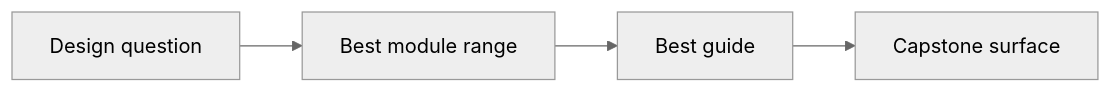
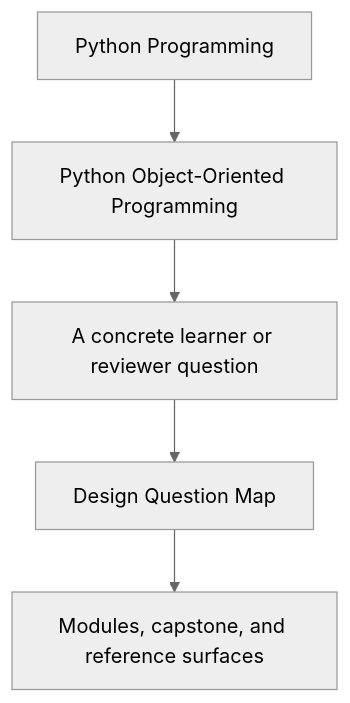
One commit to bijux/bijux-masterclass changed the first of 2 diagrams in programs/python-programming/python-object-oriented-programming/course-book/guides/design-question-map.md. Above: the diagram before and after it, drawn with Mermaid (neutral theme). The commit also changed other lines of this file and 23 other files, not shown here.

Commit message:
docs(python-object-oriented-programming): sharpen guide and reference diagrams

````diff
--- a/programs/python-programming/python-object-oriented-programming/course-book/guides/design-question-map.md
+++ b/programs/python-programming/python-object-oriented-programming/course-book/guides/design-question-map.md
@@ -7,9 +7,7 @@
 ```mermaid
-graph LR
-  question["Design question"]
-  module["Best module range"]
-  guide["Best guide"]
-  capstone["Capstone surface"]
-
-  question --> module --> guide --> capstone
+flowchart TD
+  family["Python Programming"] --> program["Python Object-Oriented Programming"]
+  program --> pressure["A concrete learner or reviewer question"]
+  pressure --> guide["Design Question Map"]
+  guide --> next["Modules, capstone, and reference surfaces"]
 ```
````
